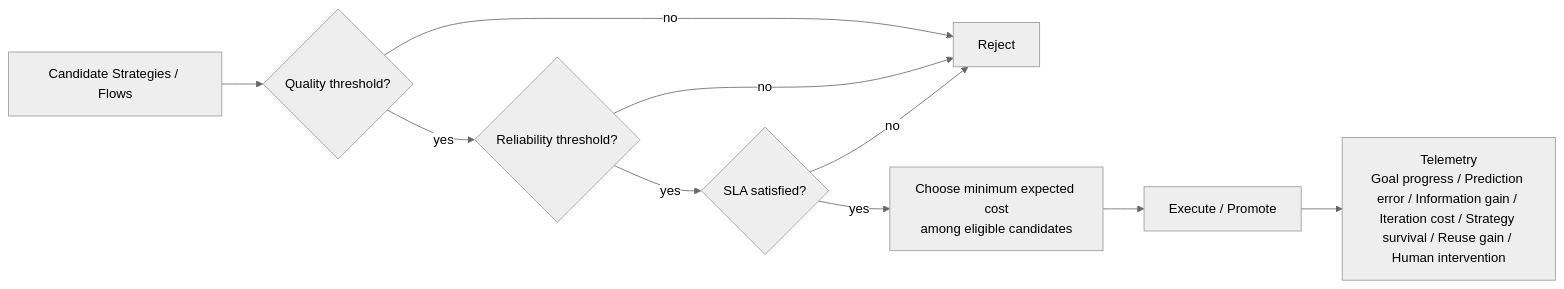
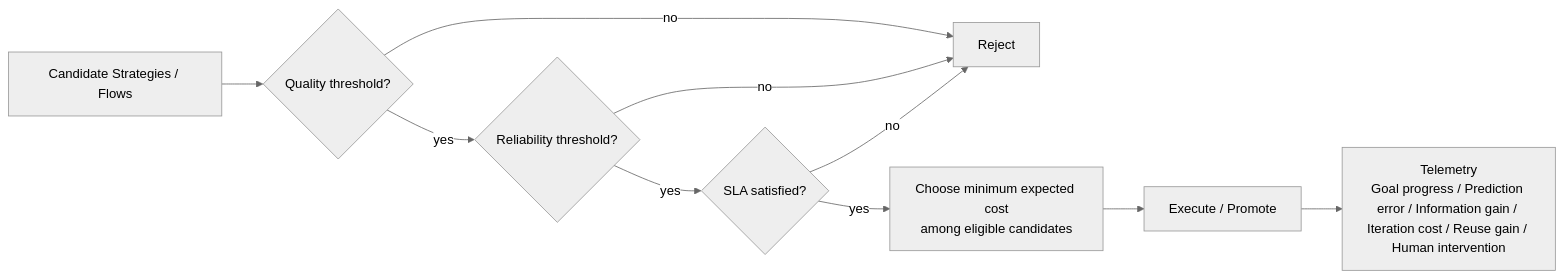
The sixth of 7 diagrams in docs/architecture/README.md (n0namer/skills-for-decision-making), drawn with Mermaid (neutral theme) before and after one commit. The commit also changed other lines of this file and 8 other files, not shown here.

First line of the commit message:
Add minimal multi-instance shared capability architecture

````diff
--- a/docs/architecture/README.md
+++ b/docs/architecture/README.md
@@ -166,12 +183,12 @@
 ```mermaid
 flowchart LR
     C["Candidate Strategies / Flows"] --> Q{"Quality threshold?"}
     Q -->|"no"| REJECT["Reject"]
     Q -->|"yes"| R{"Reliability threshold?"}
     R -->|"no"| REJECT
     R -->|"yes"| S{"SLA satisfied?"}
     S -->|"no"| REJECT
     S -->|"yes"| COST["Choose minimum expected cost\namong eligible candidates"]
     COST --> RUN["Execute / Promote"]
-    RUN --> TELEMETRY["Telemetry\nGoal progress / Prediction error / Information gain / Iteration cost / Strategy survival / Reuse gain / Human intervention"]
+    RUN --> TELEMETRY["Telemetry\nGoal progress / Prediction error / Information gain / Iteration cost / Reuse gain / Human intervention"]
 ```
````
